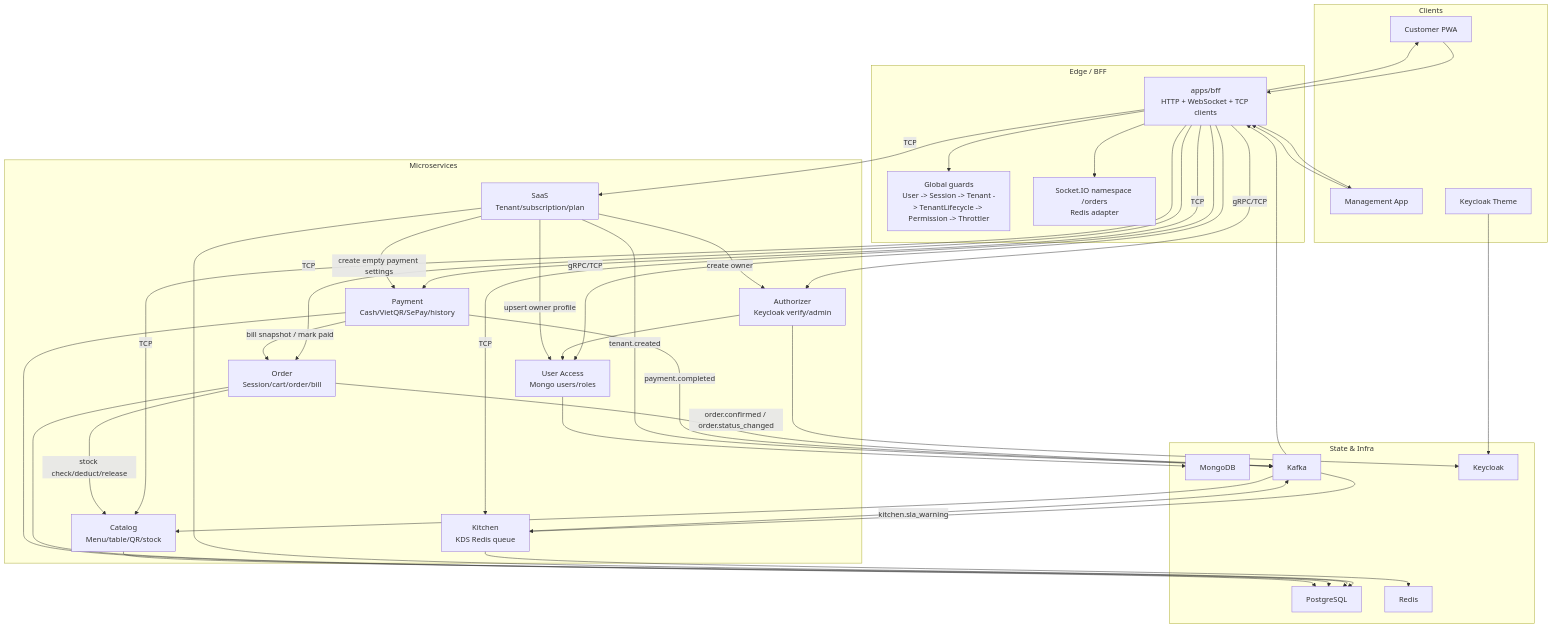
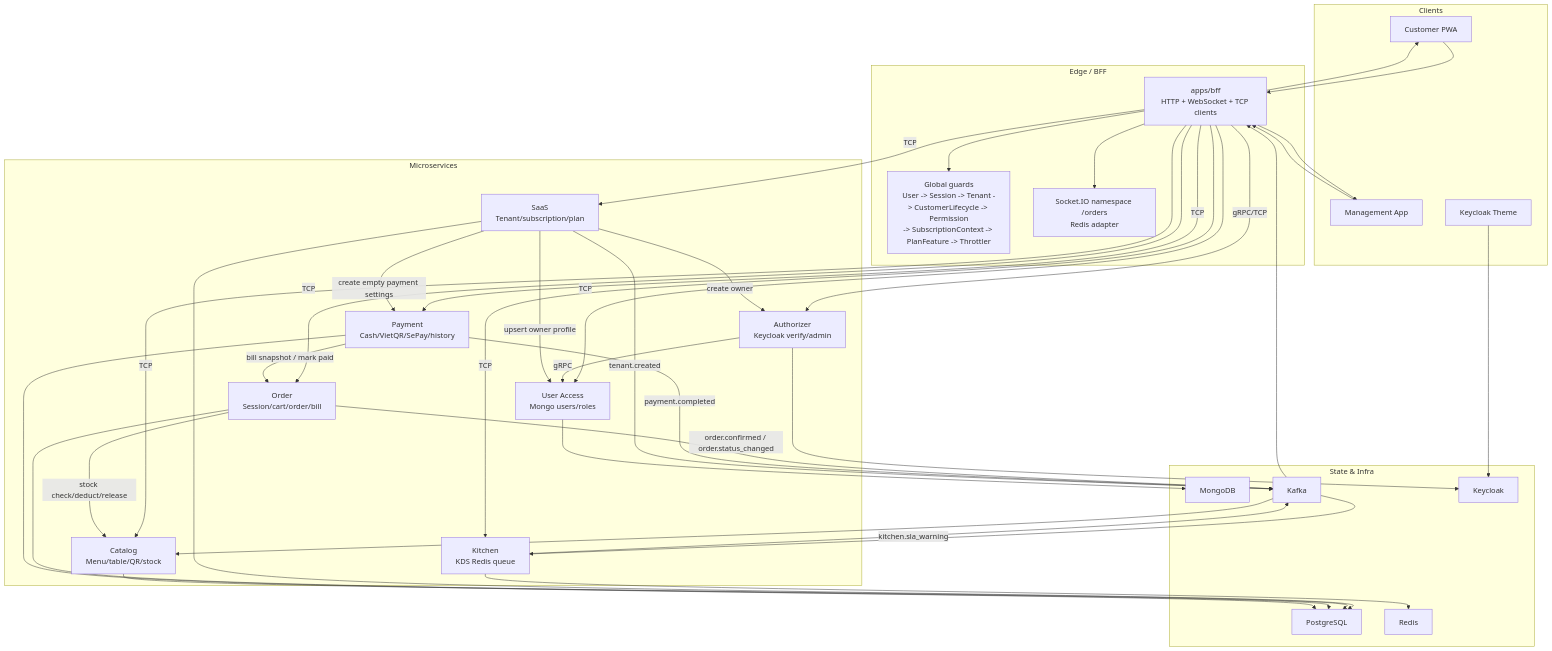
One commit to quan-vo-dinh/saas-pos-microservices-qrtable changed the first of 13 diagrams in docs/guides/codebase-reading-map.en.md. Above: the diagram before and after it, drawn with Mermaid. The commit also changed other lines of this file and 1 other file, not shown here.

Commit message:
docs: update codebase reading map with refined architectural flows, updated entry points, and expanded phase documentation.docs: update documents

````diff
--- a/docs/guides/codebase-reading-map.en.md
+++ b/docs/guides/codebase-reading-map.en.md
@@ -51,71 +68,71 @@
 ```mermaid
 flowchart TB
   subgraph CLIENTS["Clients"]
     PWA["Customer PWA"]
     MGMT["Management App"]
     KCTheme["Keycloak Theme"]
   end
 
   subgraph EDGE["Edge / BFF"]
     BFF["apps/bff\nHTTP + WebSocket + TCP clients"]
-    Guards["Global guards\nUser -> Session -> Tenant -> TenantLifecycle -> Permission -> Throttler"]
+    Guards["Global guards\nUser -> Session -> Tenant -> CustomerLifecycle -> Permission\n-> SubscriptionContext -> PlanFeature -> Throttler"]
     Realtime["Socket.IO namespace /orders\nRedis adapter"]
   end
 
   subgraph SERVICES["Microservices"]
     Authorizer["Authorizer\nKeycloak verify/admin"]
     UserAccess["User Access\nMongo users/roles"]
     SaaS["SaaS\nTenant/subscription/plan"]
     Catalog["Catalog\nMenu/table/QR/stock"]
     Order["Order\nSession/cart/order/bill"]
     Kitchen["Kitchen\nKDS Redis queue"]
     Payment["Payment\nCash/VietQR/SePay/history"]
   end
 
   subgraph STATE["State & Infra"]
     Pg["PostgreSQL"]
     Mongo["MongoDB"]
     Redis["Redis"]
     Kafka["Kafka"]
     Keycloak["Keycloak"]
   end
 
   PWA --> BFF
   MGMT --> BFF
   KCTheme --> Keycloak
 
   BFF --> Guards
   BFF --> Realtime
   BFF -- "TCP" --> Catalog
   BFF -- "TCP" --> Order
   BFF -- "TCP" --> Kitchen
   BFF -- "TCP" --> Payment
   BFF -- "TCP" --> SaaS
   BFF -- "gRPC/TCP" --> Authorizer
-  BFF -- "gRPC/TCP" --> UserAccess
+  BFF -- "TCP" --> UserAccess
 
   Authorizer --> Keycloak
-  Authorizer --> UserAccess
+  Authorizer -- "gRPC" --> UserAccess
   UserAccess --> Mongo
   SaaS --> Pg
   Catalog --> Pg
   Order --> Pg
   Payment --> Pg
   Kitchen --> Redis
 
   Order -- "stock check/deduct/release" --> Catalog
   Payment -- "bill snapshot / mark paid" --> Order
   SaaS -- "create owner" --> Authorizer
   SaaS -- "upsert owner profile" --> UserAccess
   SaaS -- "create empty payment settings" --> Payment
 
   Order -- "order.confirmed / order.status_changed" --> Kafka
   Payment -- "payment.completed" --> Kafka
   SaaS -- "tenant.created" --> Kafka
   Kitchen -- "kitchen.sla_warning" --> Kafka
   Kafka --> Kitchen
   Kafka --> Catalog
   Kafka --> BFF
   BFF --> PWA
   BFF --> MGMT
 ```
````
